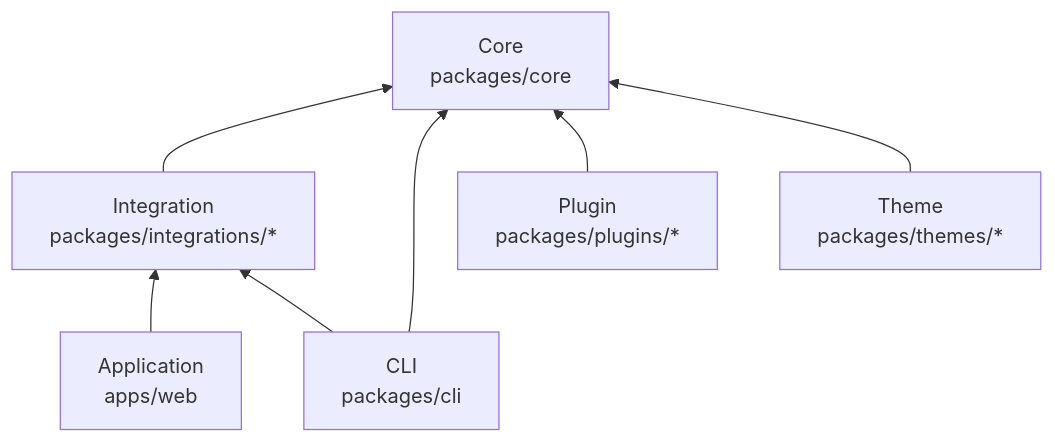
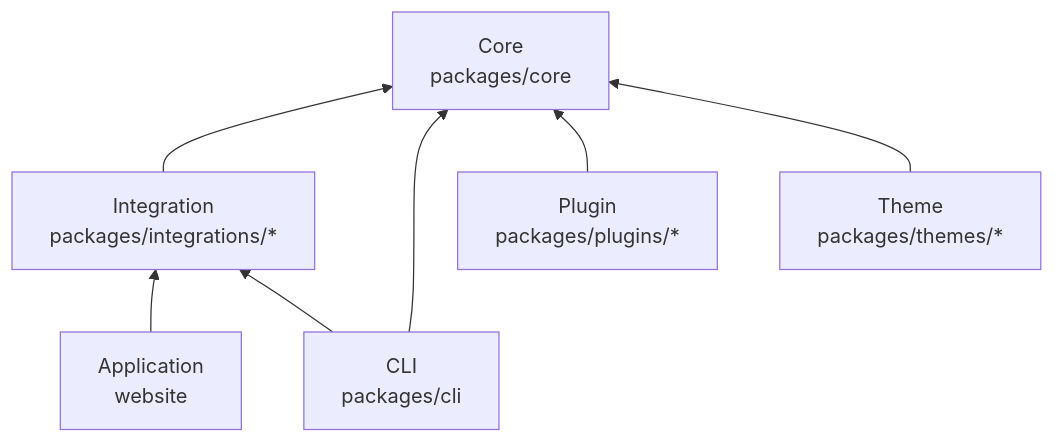
Before and after one commit to Rerurate514/riebeckite: the diagram in docs/docs/framework/architecture.md, drawn with Mermaid. The commit also changed 125 other files, not shown here.

````diff
--- a/docs/docs/framework/architecture.md
+++ b/docs/docs/framework/architecture.md
@@ -22,16 +22,16 @@
 ```mermaid
 flowchart BT
-    App["Application<br/>apps/web"]
+    App["Application<br/>website"]
     Integration["Integration<br/>packages/integrations/*"]
     CLI["CLI<br/>packages/cli"]
     Plugin["Plugin<br/>packages/plugins/*"]
     Theme["Theme<br/>packages/themes/*"]
     Core["Core<br/>packages/core"]
 
     App --> Integration
     Integration --> Core
     CLI --> Integration
     CLI --> Core
     Plugin --> Core
     Theme --> Core
 ```
````
